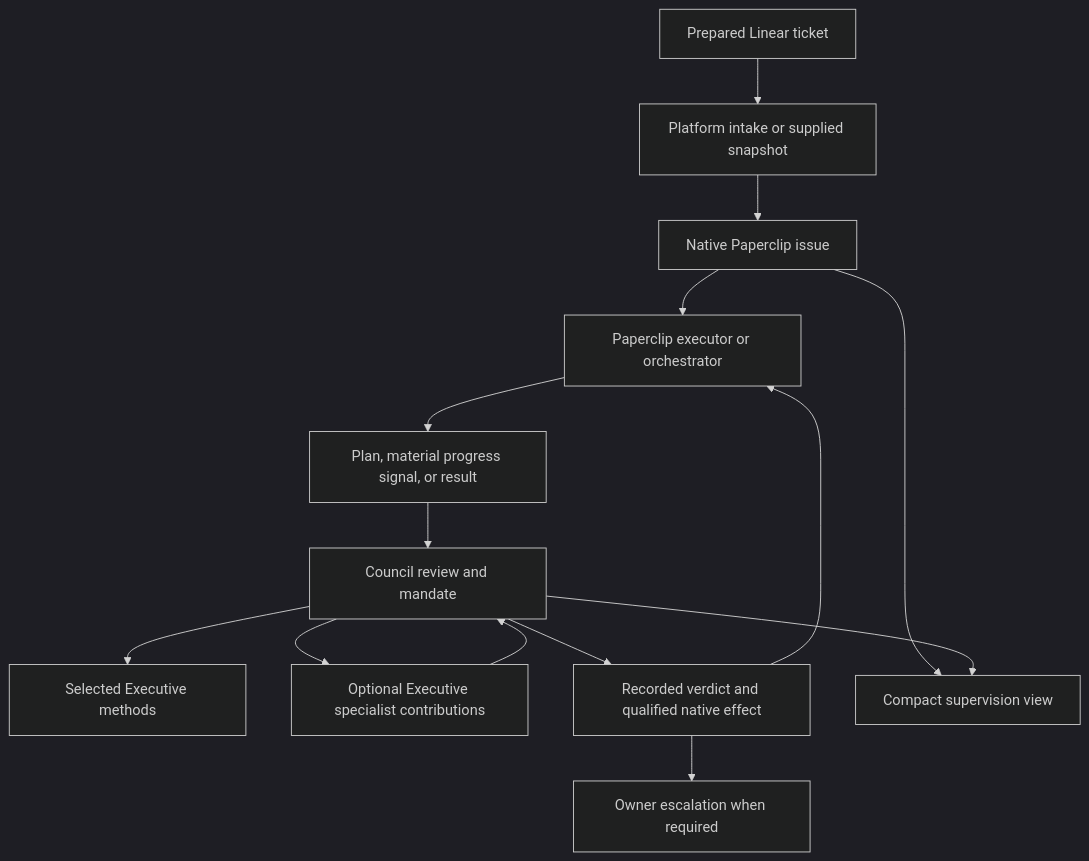
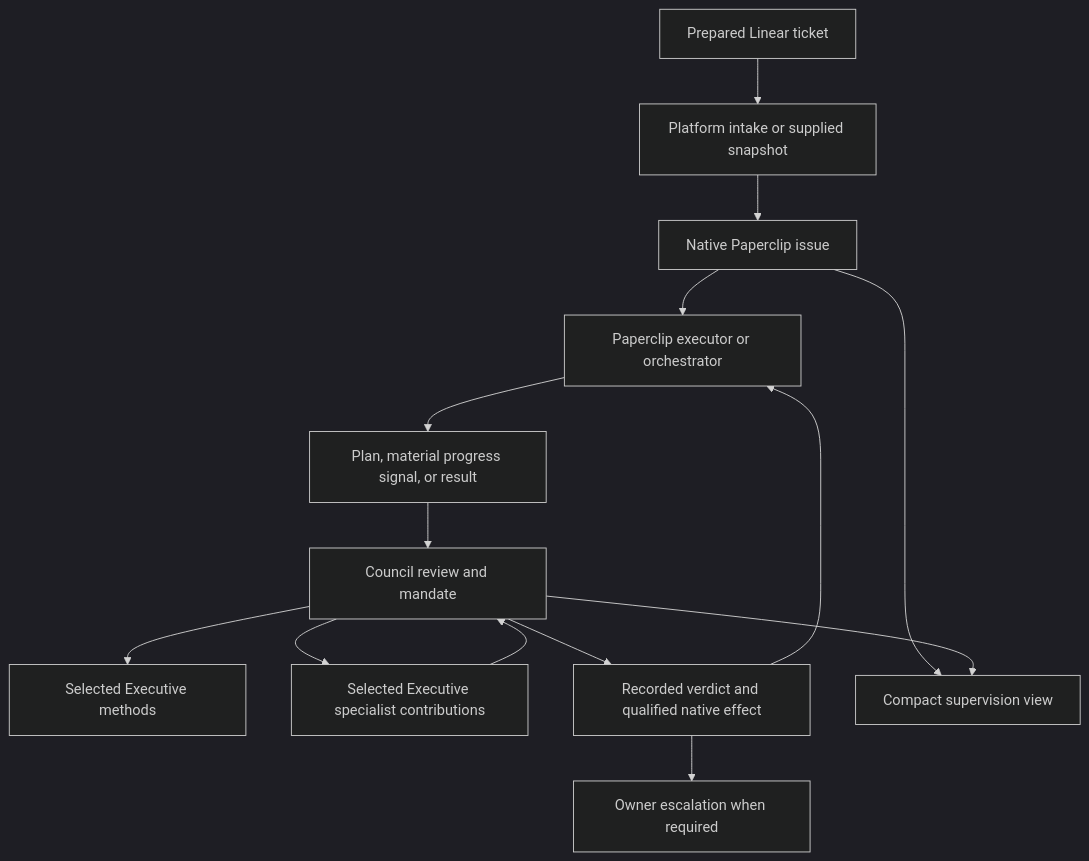
Before and after one commit to ty000/paperclip-executive: the diagram in docs/TAD.md, drawn with Mermaid (dark theme). The commit also changed other lines of this file and 42 other files, not shown here.

````diff
--- a/docs/TAD.md
+++ b/docs/TAD.md
@@ -59,16 +60,16 @@
 ```mermaid
 flowchart TD
   Linear[Prepared Linear ticket] --> Intake[Platform intake or supplied snapshot]
   Intake --> Issue[Native Paperclip issue]
   Issue --> Execution[Paperclip executor or orchestrator]
   Execution --> Checkpoint[Plan, material progress signal, or result]
   Checkpoint --> Council[Council review and mandate]
   Council --> Methods[Selected Executive methods]
-  Council --> Contributions[Optional Executive specialist contributions]
+  Council --> Contributions[Selected Executive specialist contributions]
   Contributions --> Council
   Council --> Decision[Recorded verdict and qualified native effect]
   Decision --> Execution
   Decision --> Owner[Owner escalation when required]
   Issue --> View[Compact supervision view]
   Council --> View
 ```
````
